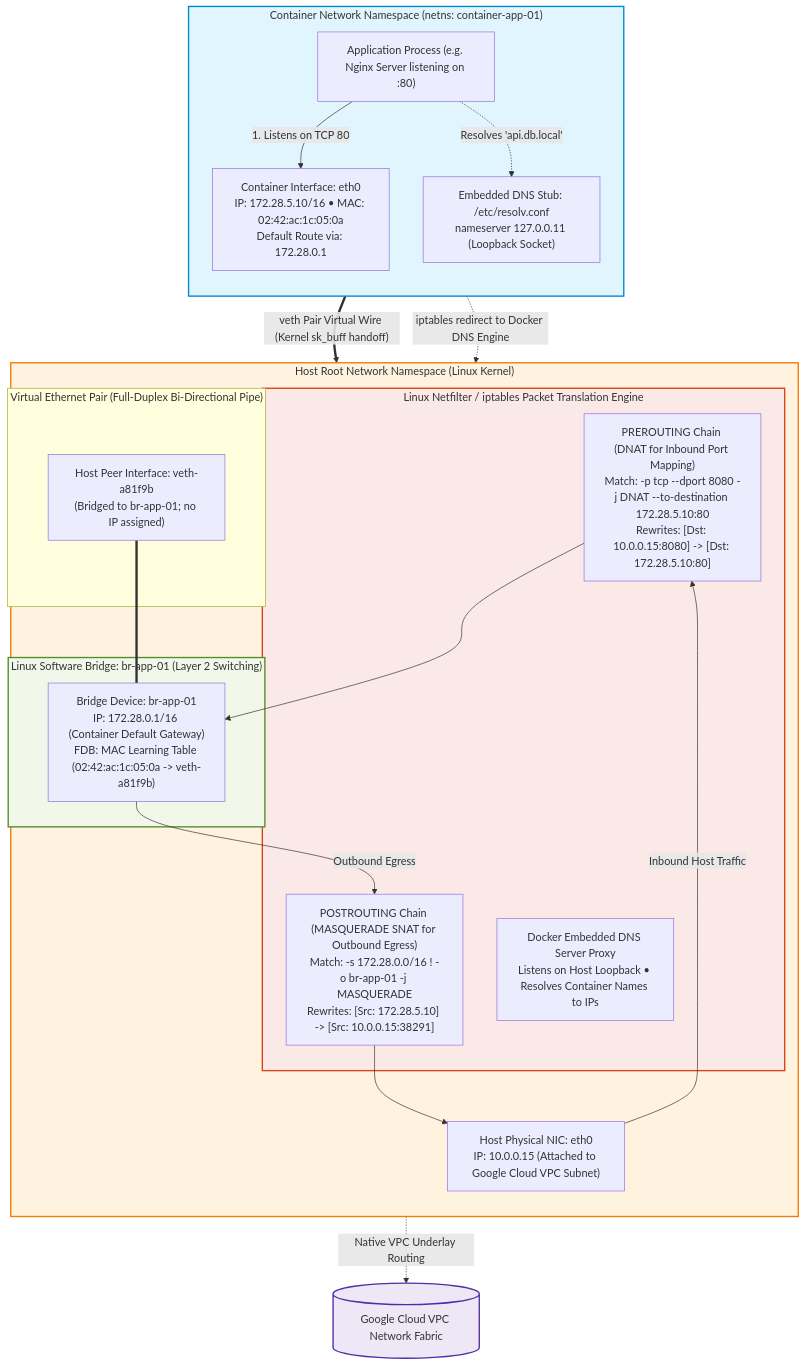
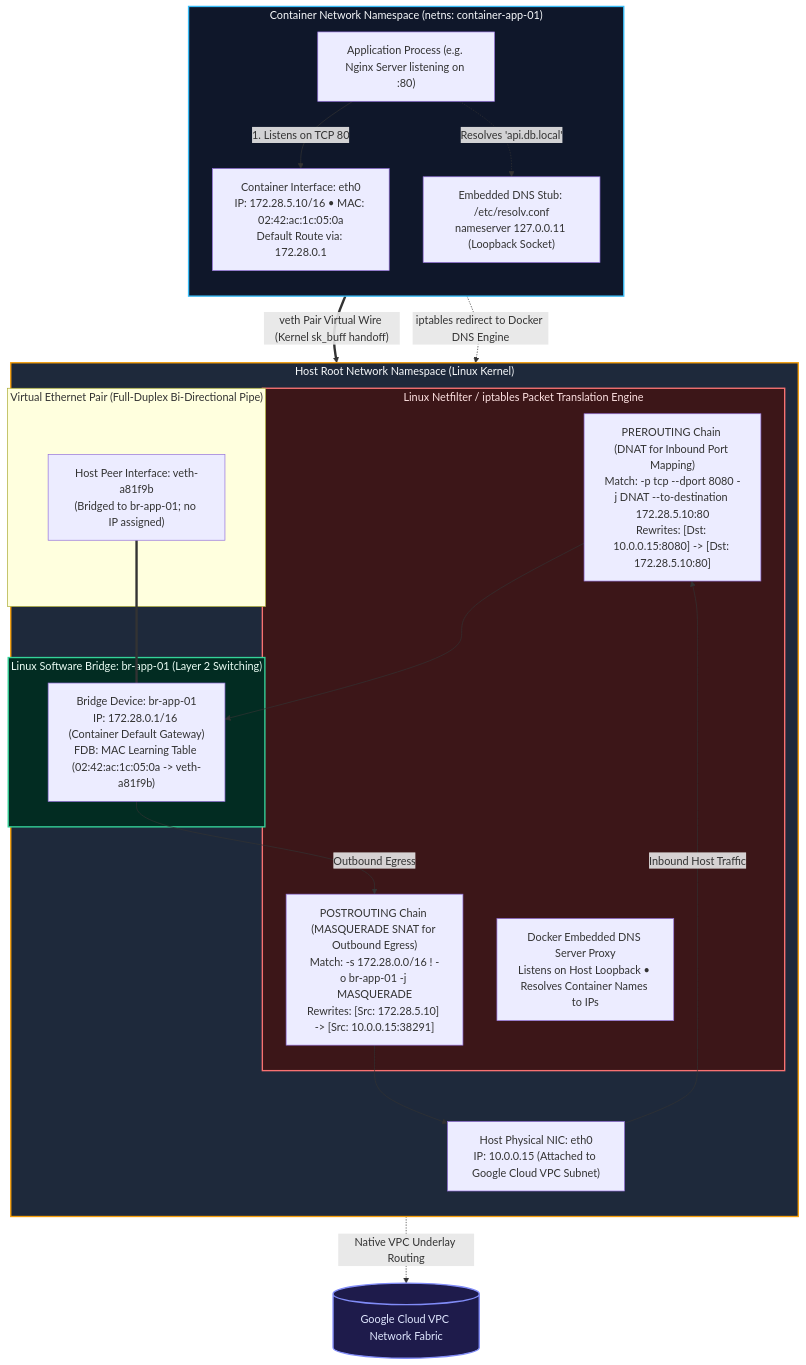
One commit to Chief-Strategist-J/gcd changed the fourth of 15 diagrams in kubernetes/networking-shell-command.md. Above: the diagram before and after it, drawn with Mermaid. The commit also changed other lines of this file, not shown here.

Commit message:
fix(mermaid): resolve syntax parse errors and apply dark theme colors with clear error pathways

````diff
--- a/kubernetes/networking-shell-command.md
+++ b/kubernetes/networking-shell-command.md
@@ -213,46 +213,46 @@
 ```mermaid
 graph TB
     subgraph ContainerNS["Container Network Namespace (netns: container-app-01)"]
         direction TB
         AppProc["Application Process (e.g. Nginx Server listening on :80)"]
         ContEth0["Container Interface: eth0<br/>IP: 172.28.5.10/16 • MAC: 02:42:ac:1c:05:0a<br/>Default Route via: 172.28.0.1"]
         ContDNS["Embedded DNS Stub: /etc/resolv.conf<br/>nameserver 127.0.0.11 (Loopback Socket)"]
         
         AppProc -->|1. Listens on TCP 80| ContEth0
         AppProc -.->|Resolves 'api.db.local'| ContDNS
     end
 
     subgraph HostRootNS["Host Root Network Namespace (Linux Kernel)"]
         direction TB
         
         subgraph VethWiring["Virtual Ethernet Pair (Full-Duplex Bi-Directional Pipe)"]
             VethPeer["Host Peer Interface: veth-a81f9b<br/>(Bridged to br-app-01; no IP assigned)"]
         end
 
         subgraph BridgeDev["Linux Software Bridge: br-app-01 (Layer 2 Switching)"]
             Bridge["Bridge Device: br-app-01<br/>IP: 172.28.0.1/16 (Container Default Gateway)<br/>FDB: MAC Learning Table (02:42:ac:1c:05:0a -> veth-a81f9b)"]
         end
 
         subgraph Netfilter["Linux Netfilter / iptables Packet Translation Engine"]
             NATPre["PREROUTING Chain (DNAT for Inbound Port Mapping)<br/>Match: -p tcp --dport 8080 -j DNAT --to-destination 172.28.5.10:80<br/>Rewrites: [Dst: 10.0.0.15:8080] -> [Dst: 172.28.5.10:80]"]
             NATPost["POSTROUTING Chain (MASQUERADE SNAT for Outbound Egress)<br/>Match: -s 172.28.0.0/16 ! -o br-app-01 -j MASQUERADE<br/>Rewrites: [Src: 172.28.5.10] -> [Src: 10.0.0.15:38291]"]
             DockerDNS["Docker Embedded DNS Server Proxy<br/>Listens on Host Loopback • Resolves Container Names to IPs"]
         end
 
         HostNIC["Host Physical NIC: eth0<br/>IP: 10.0.0.15 (Attached to Google Cloud VPC Subnet)"]
 
         ContEth0 == "veth Pair Virtual Wire (Kernel sk_buff handoff)" ==> VethPeer
         VethPeer === Bridge
         ContDNS -. "iptables redirect to Docker DNS Engine" .-> DockerDNS
         Bridge -->|Outbound Egress| NATPost --> HostNIC
         HostNIC -->|Inbound Host Traffic| NATPre --> Bridge
     end
 
     HostNIC -. "Native VPC Underlay Routing" .-> VPC[("Google Cloud VPC Network Fabric")]
 
-    style ContainerNS fill:#e1f5fe,stroke:#0288d1,stroke-width:2px
-    style HostRootNS fill:#fff3e0,stroke:#f57c00,stroke-width:2px
-    style BridgeDev fill:#f1f8e9,stroke:#558b2f,stroke-width:2px
-    style Netfilter fill:#fbe9e7,stroke:#d84315,stroke-width:2px
-    style VPC fill:#ede7f6,stroke:#512da8,stroke-width:2px
+    style ContainerNS fill:#0f172a,stroke:#38bdf8,stroke-width:2px,color:#f8fafc
+    style HostRootNS fill:#1e293b,stroke:#f59e0b,stroke-width:2px,color:#f8fafc
+    style BridgeDev fill:#022c22,stroke:#34d399,stroke-width:2px,color:#ecfdf5
+    style Netfilter fill:#3c1618,stroke:#f87171,stroke-width:2px,color:#fee2e2
+    style VPC fill:#1e1b4b,stroke:#818cf8,stroke-width:2px,color:#e0e7ff
 ```
````
